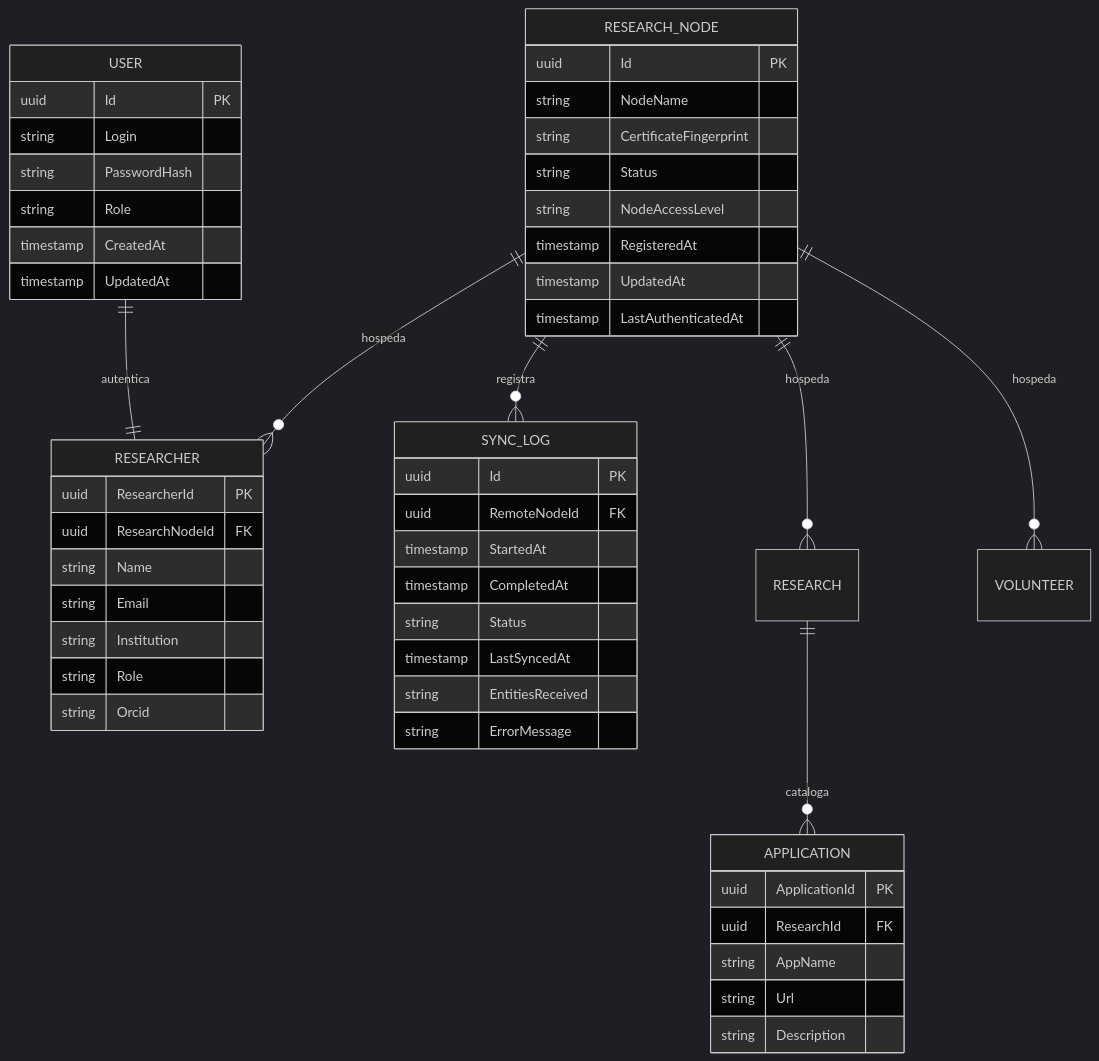
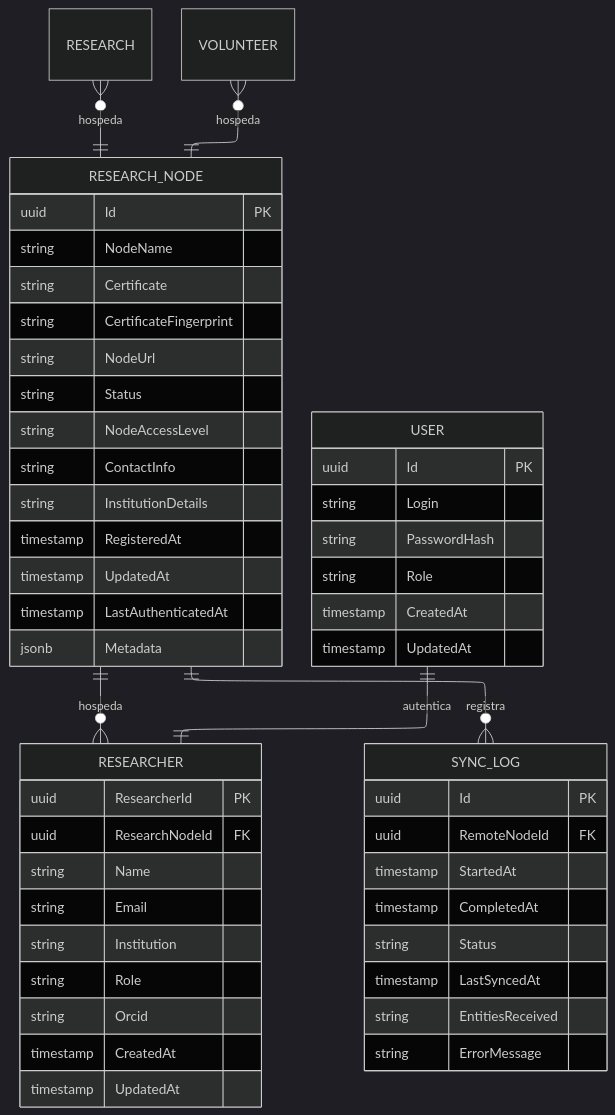
The diagram in figuras/Desenvolvimento/NPI/modeloDados-familia-federacao.mmd (VitorAndTxr/TCC-Vitor), drawn with Mermaid (dark theme) before and after one commit. The commit also changed 17 other files, not shown here.

```diff
--- a/figuras/Desenvolvimento/NPI/modeloDados-familia-federacao.mmd
+++ b/figuras/Desenvolvimento/NPI/modeloDados-familia-federacao.mmd
@@ -1,67 +1,64 @@
+---
+config:
+  layout: elk
+---
 erDiagram
-    %% ============================================================
-    %% Familia 1: Federacao e Identidade
-    %% ============================================================
+    RESEARCH {}
+    VOLUNTEER {}
 
     RESEARCH_NODE {
         uuid Id PK
         string NodeName
+        string Certificate
         string CertificateFingerprint
+        string NodeUrl
         string Status
         string NodeAccessLevel
+        string ContactInfo
+        string InstitutionDetails
         timestamp RegisteredAt
         timestamp UpdatedAt
         timestamp LastAuthenticatedAt
+        jsonb Metadata
     }
 
     USER {
         uuid Id PK
         string Login
         string PasswordHash
         string Role
         timestamp CreatedAt
         timestamp UpdatedAt
     }
 
     RESEARCHER {
         uuid ResearcherId PK
         uuid ResearchNodeId FK
         string Name
         string Email
         string Institution
         string Role
         string Orcid
-    }
-
-    APPLICATION {
-        uuid ApplicationId PK
-        uuid ResearchId FK
-        string AppName
-        string Url
-        string Description
+        timestamp CreatedAt
+        timestamp UpdatedAt
     }
 
     SYNC_LOG {
         uuid Id PK
         uuid RemoteNodeId FK
         timestamp StartedAt
         timestamp CompletedAt
         string Status
         timestamp LastSyncedAt
         string EntitiesReceived
         string ErrorMessage
     }
 
-    %% Entidades de outras familias citadas em relacionamentos
-    RESEARCH { }
-    VOLUNTEER { }
-
     %% Relacionamentos internos
     USER ||--|| RESEARCHER : autentica
+    RESEARCH_NODE ||--o{ SYNC_LOG : registra
     RESEARCH_NODE ||--o{ RESEARCHER : hospeda
-    RESEARCH_NODE ||--o{ SYNC_LOG : registra
 
     %% Relacionamentos com outras familias
-    RESEARCH_NODE ||--o{ RESEARCH : hospeda
-    RESEARCH_NODE ||--o{ VOLUNTEER : hospeda
-    RESEARCH ||--o{ APPLICATION : cataloga
+    VOLUNTEER }o--|| RESEARCH_NODE : hospeda
+    RESEARCH }o--||  RESEARCH_NODE : hospeda
```
